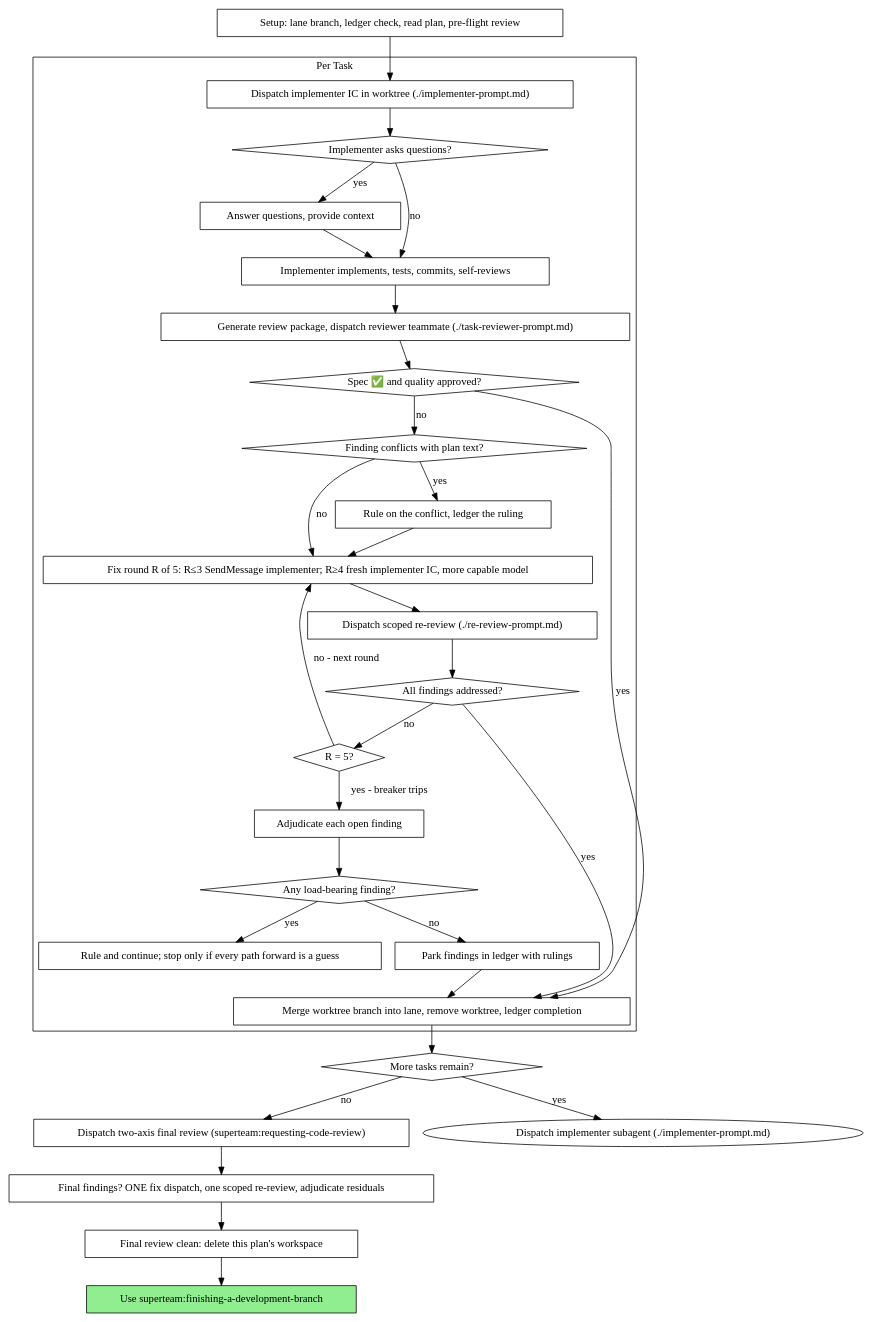
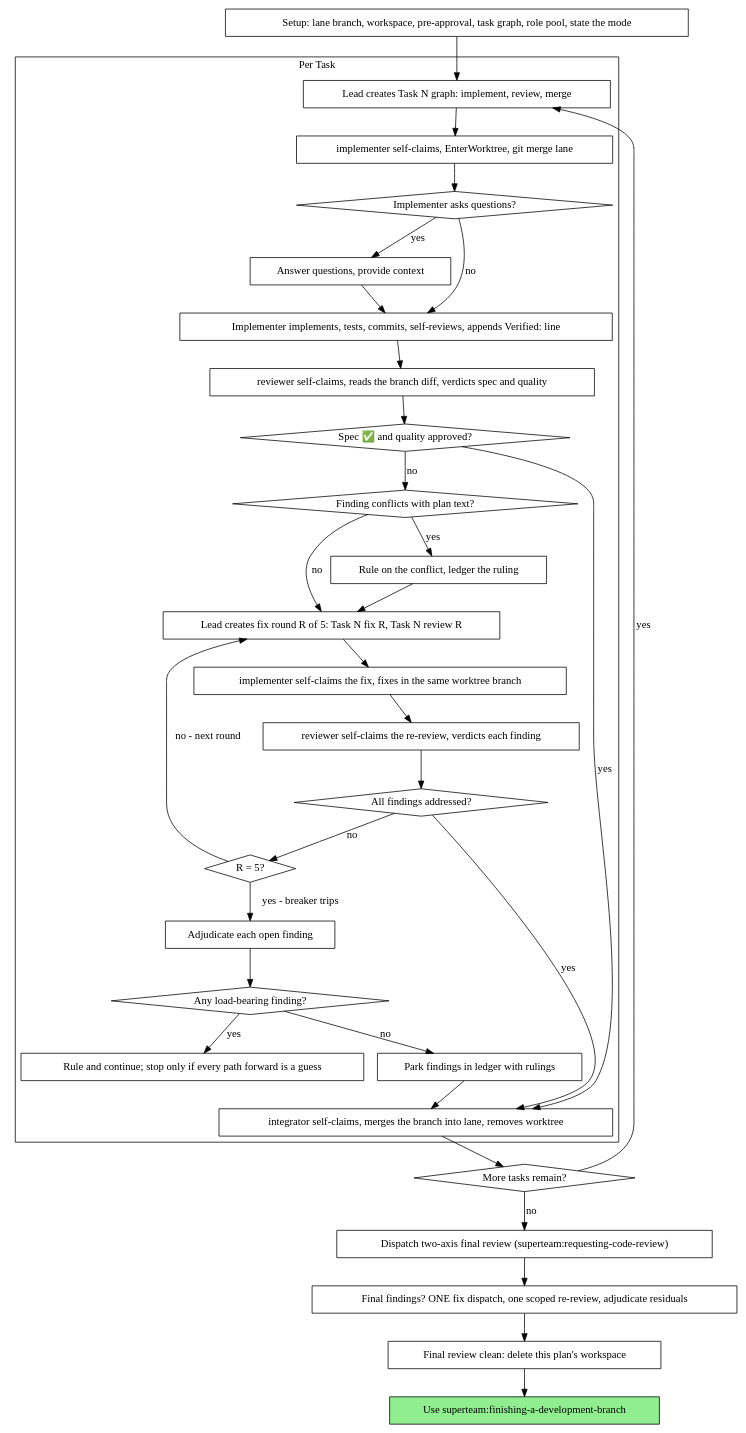
One commit to cameronchittick/superteam changed the second of 2 diagrams in skills/superteam-driven-development/SKILL.md. Above: the diagram before and after it, drawn with Graphviz. The commit also changed other lines of this file and 4 other files, not shown here.

First line of the commit message:
SDD: task graph with role-scoped self-claim; 6.10.0 path kept as Fallback

````diff
--- a/skills/superteam-driven-development/SKILL.md
+++ b/skills/superteam-driven-development/SKILL.md
@@ -146,62 +155,66 @@
 ```dot
 digraph process {
     rankdir=TB;
 
     subgraph cluster_per_task {
         label="Per Task";
-        "Dispatch implementer IC in worktree (./implementer-prompt.md)" [shape=box];
+        "Lead creates Task N graph: implement, review, merge" [shape=box];
+        "implementer self-claims, EnterWorktree, git merge lane" [shape=box];
         "Implementer asks questions?" [shape=diamond];
         "Answer questions, provide context" [shape=box];
-        "Implementer implements, tests, commits, self-reviews" [shape=box];
-        "Generate review package, dispatch reviewer teammate (./task-reviewer-prompt.md)" [shape=box];
+        "Implementer implements, tests, commits, self-reviews, appends Verified: line" [shape=box];
+        "reviewer self-claims, reads the branch diff, verdicts spec and quality" [shape=box];
         "Spec ✅ and quality approved?" [shape=diamond];
         "Finding conflicts with plan text?" [shape=diamond];
         "Rule on the conflict, ledger the ruling" [shape=box];
-        "Fix round R of 5: R≤3 SendMessage implementer; R≥4 fresh implementer IC, more capable model" [shape=box];
-        "Dispatch scoped re-review (./re-review-prompt.md)" [shape=box];
+        "Lead creates fix round R of 5: Task N fix R, Task N review R" [shape=box];
+        "implementer self-claims the fix, fixes in the same worktree branch" [shape=box];
+        "reviewer self-claims the re-review, verdicts each finding" [shape=box];
         "All findings addressed?" [shape=diamond];
         "R = 5?" [shape=diamond];
         "Adjudicate each open finding" [shape=box];
         "Any load-bearing finding?" [shape=diamond];
         "Rule and continue; stop only if every path forward is a guess" [shape=box];
         "Park findings in ledger with rulings" [shape=box];
-        "Merge worktree branch into lane, remove worktree, ledger completion" [shape=box];
+        "integrator self-claims, merges the branch into lane, removes worktree" [shape=box];
     }
 
-    "Setup: lane branch, ledger check, read plan, pre-flight review" [shape=box];
+    "Setup: lane branch, workspace, pre-approval, task graph, role pool, state the mode" [shape=box];
     "More tasks remain?" [shape=diamond];
     "Dispatch two-axis final review (superteam:requesting-code-review)" [shape=box];
     "Final findings? ONE fix dispatch, one scoped re-review, adjudicate residuals" [shape=box];
     "Final review clean: delete this plan's workspace" [shape=box];
     "Use superteam:finishing-a-development-branch" [shape=box style=filled fillcolor=lightgreen];
 
-    "Setup: lane branch, ledger check, read plan, pre-flight review" -> "Dispatch implementer IC in worktree (./implementer-prompt.md)";
-    "Dispatch implementer IC in worktree (./implementer-prompt.md)" -> "Implementer asks questions?";
+    "Setup: lane branch, workspace, pre-approval, task graph, role pool, state the mode" -> "Lead creates Task N graph: implement, review, merge";
+    "Lead creates Task N graph: implement, review, merge" -> "implementer self-claims, EnterWorktree, git merge lane";
+    "implementer self-claims, EnterWorktree, git merge lane" -> "Implementer asks questions?";
     "Implementer asks questions?" -> "Answer questions, provide context" [label="yes"];
-    "Answer questions, provide context" -> "Implementer implements, tests, commits, self-reviews";
-    "Implementer asks questions?" -> "Implementer implements, tests, commits, self-reviews" [label="no"];
-    "Implementer implements, tests, commits, self-reviews" -> "Generate review package, dispatch reviewer teammate (./task-reviewer-prompt.md)";
-    "Generate review package, dispatch reviewer teammate (./task-reviewer-prompt.md)" -> "Spec ✅ and quality approved?";
-    "Spec ✅ and quality approved?" -> "Merge worktree branch into lane, remove worktree, ledger completion" [label="yes"];
+    "Answer questions, provide context" -> "Implementer implements, tests, commits, self-reviews, appends Verified: line";
+    "Implementer asks questions?" -> "Implementer implements, tests, commits, self-reviews, appends Verified: line" [label="no"];
+    "Implementer implements, tests, commits, self-reviews, appends Verified: line" -> "reviewer self-claims, reads the branch diff, verdicts spec and quality";
+    "reviewer self-claims, reads the branch diff, verdicts spec and quality" -> "Spec ✅ and quality approved?";
+    "Spec ✅ and quality approved?" -> "integrator self-claims, merges the branch into lane, removes worktree" [label="yes"];
     "Spec ✅ and quality approved?" -> "Finding conflicts with plan text?" [label="no"];
     "Finding conflicts with plan text?" -> "Rule on the conflict, ledger the ruling" [label="yes"];
-    "Rule on the conflict, ledger the ruling" -> "Fix round R of 5: R≤3 SendMessage implementer; R≥4 fresh implementer IC, more capable model";
-    "Finding conflicts with plan text?" -> "Fix round R of 5: R≤3 SendMessage implementer; R≥4 fresh implementer IC, more capable model" [label="no"];
-    "Fix round R of 5: R≤3 SendMessage implementer; R≥4 fresh implementer IC, more capable model" -> "Dispatch scoped re-review (./re-review-prompt.md)";
-    "Dispatch scoped re-review (./re-review-prompt.md)" -> "All findings addressed?";
-    "All findings addressed?" -> "Merge worktree branch into lane, remove worktree, ledger completion" [label="yes"];
+    "Rule on the conflict, ledger the ruling" -> "Lead creates fix round R of 5: Task N fix R, Task N review R";
+    "Finding conflicts with plan text?" -> "Lead creates fix round R of 5: Task N fix R, Task N review R" [label="no"];
+    "Lead creates fix round R of 5: Task N fix R, Task N review R" -> "implementer self-claims the fix, fixes in the same worktree branch";
+    "implementer self-claims the fix, fixes in the same worktree branch" -> "reviewer self-claims the re-review, verdicts each finding";
+    "reviewer self-claims the re-review, verdicts each finding" -> "All findings addressed?";
+    "All findings addressed?" -> "integrator self-claims, merges the branch into lane, removes worktree" [label="yes"];
     "All findings addressed?" -> "R = 5?" [label="no"];
-    "R = 5?" -> "Fix round R of 5: R≤3 SendMessage implementer; R≥4 fresh implementer IC, more capable model" [label="no - next round"];
+    "R = 5?" -> "Lead creates fix round R of 5: Task N fix R, Task N review R" [label="no - next round"];
     "R = 5?" -> "Adjudicate each open finding" [label="yes - breaker trips"];
     "Adjudicate each open finding" -> "Any load-bearing finding?";
     "Any load-bearing finding?" -> "Rule and continue; stop only if every path forward is a guess" [label="yes"];
     "Any load-bearing finding?" -> "Park findings in ledger with rulings" [label="no"];
-    "Park findings in ledger with rulings" -> "Merge worktree branch into lane, remove worktree, ledger completion";
-    "Merge worktree branch into lane, remove worktree, ledger completion" -> "More tasks remain?";
-    "More tasks remain?" -> "Dispatch implementer subagent (./implementer-prompt.md)" [label="yes"];
+    "Park findings in ledger with rulings" -> "integrator self-claims, merges the branch into lane, removes worktree";
+    "integrator self-claims, merges the branch into lane, removes worktree" -> "More tasks remain?";
+    "More tasks remain?" -> "Lead creates Task N graph: implement, review, merge" [label="yes"];
     "More tasks remain?" -> "Dispatch two-axis final review (superteam:requesting-code-review)" [label="no"];
     "Dispatch two-axis final review (superteam:requesting-code-review)" -> "Final findings? ONE fix dispatch, one scoped re-review, adjudicate residuals";
     "Final findings? ONE fix dispatch, one scoped re-review, adjudicate residuals" -> "Final review clean: delete this plan's workspace";
     "Final review clean: delete this plan's workspace" -> "Use superteam:finishing-a-development-branch";
 }
 ```
````
